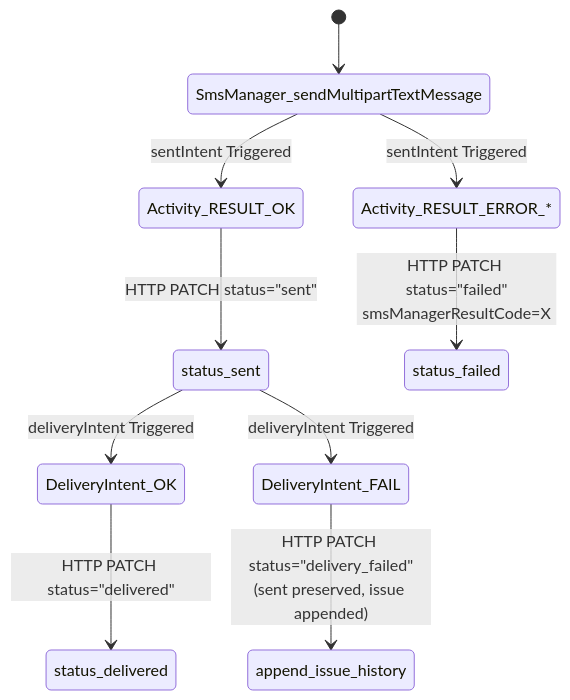
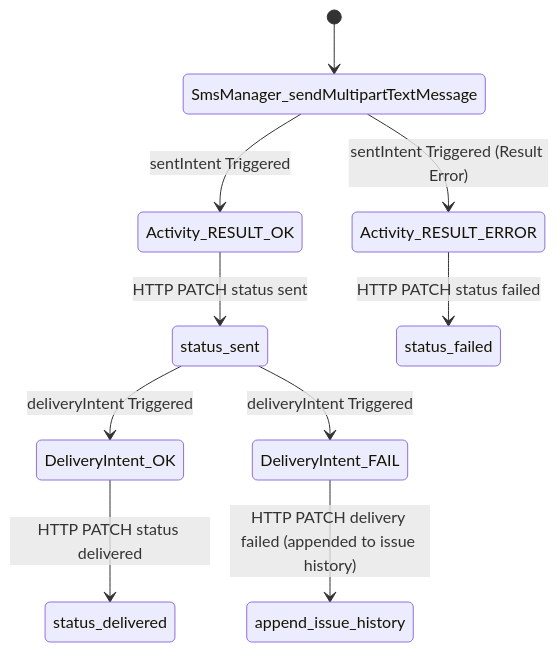
Before and after one commit to hAbd0u/textbee-twillo-layer: the second of 2 diagrams in docs/textbee-api-analysis/device-communication.md, drawn with Mermaid. The commit also changed other lines of this file and 13 other files, not shown here.

Commit message:
docs: add high-resolution SVG diagrams for architecture and workflows

````diff
--- a/docs/textbee-api-analysis/device-communication.md
+++ b/docs/textbee-api-analysis/device-communication.md
@@ -362,16 +373,16 @@
 ```mermaid
 stateDiagram-v2
     [*] --> SmsManager_sendMultipartTextMessage
 
     SmsManager_sendMultipartTextMessage --> Activity_RESULT_OK: sentIntent Triggered
-    Activity_RESULT_OK --> status_sent: HTTP PATCH status="sent"
+    Activity_RESULT_OK --> status_sent: HTTP PATCH status sent
 
-    SmsManager_sendMultipartTextMessage --> Activity_RESULT_ERROR_*: sentIntent Triggered
-    Activity_RESULT_ERROR_* --> status_failed: HTTP PATCH status="failed"<br/>smsManagerResultCode=X
+    SmsManager_sendMultipartTextMessage --> Activity_RESULT_ERROR: sentIntent Triggered (Result Error)
+    Activity_RESULT_ERROR --> status_failed: HTTP PATCH status failed
 
     status_sent --> DeliveryIntent_OK: deliveryIntent Triggered
-    DeliveryIntent_OK --> status_delivered: HTTP PATCH status="delivered"
+    DeliveryIntent_OK --> status_delivered: HTTP PATCH status delivered
 
     status_sent --> DeliveryIntent_FAIL: deliveryIntent Triggered
-    DeliveryIntent_FAIL --> append_issue_history: HTTP PATCH status="delivery_failed"<br/>(sent preserved, issue appended)
+    DeliveryIntent_FAIL --> append_issue_history: HTTP PATCH delivery failed (appended to issue history)
 ```
````
